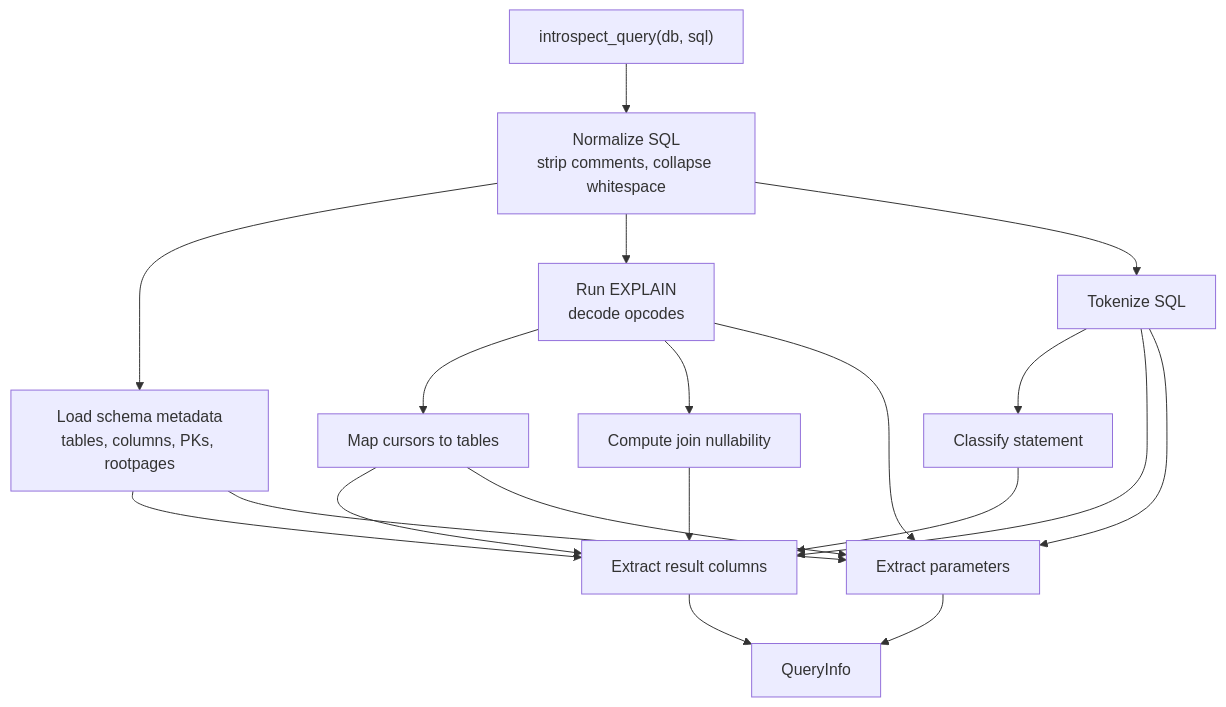
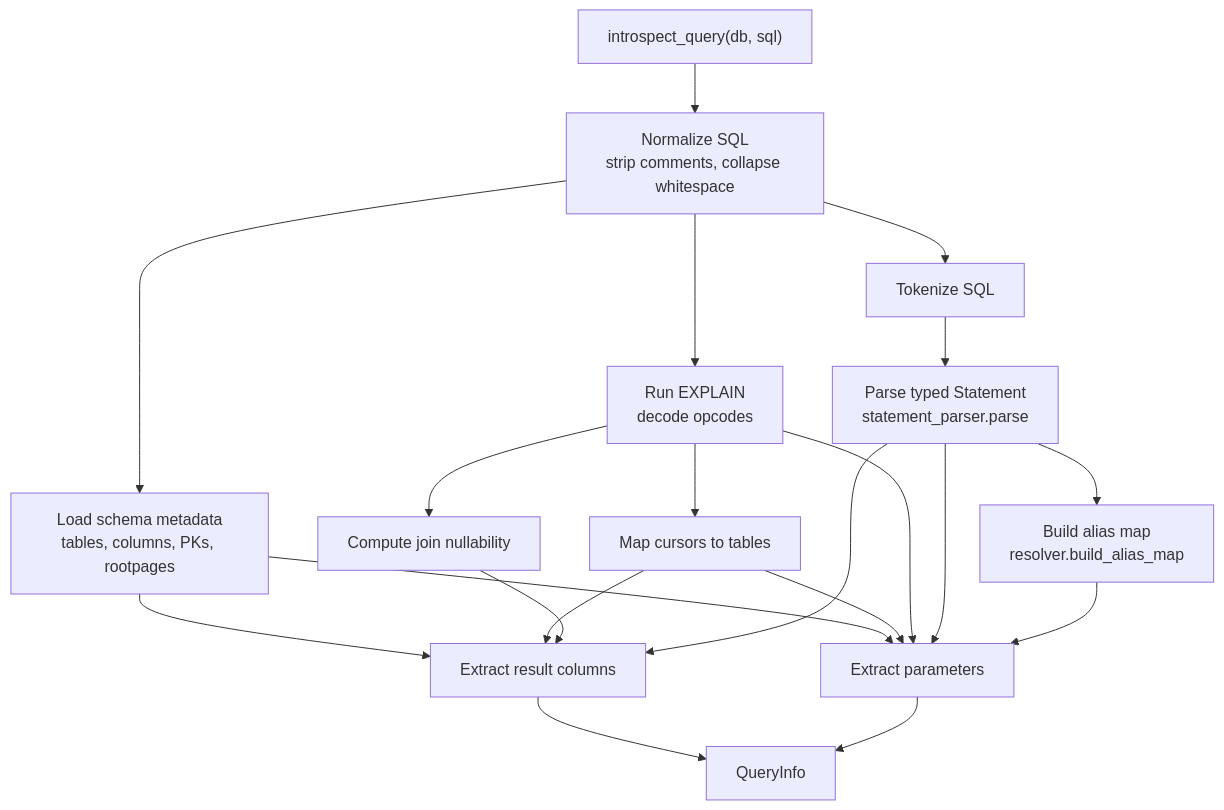
Before and after one commit to pairshaped/marmot: the second of 2 diagrams in src/marmot/internal/README.md, drawn with Mermaid. The commit also changed other lines of this file, not shown here.

First line of the commit message:
Update internal README for statement skeleton parser pipeline

````diff
--- a/src/marmot/internal/README.md
+++ b/src/marmot/internal/README.md
@@ -84,24 +88,25 @@
 ```mermaid
 flowchart TD
   Start["introspect_query(db, sql)"] --> Normalize["Normalize SQL<br/>strip comments, collapse whitespace"]
   Normalize --> Schema["Load schema metadata<br/>tables, columns, PKs, rootpages"]
   Normalize --> Explain["Run EXPLAIN<br/>decode opcodes"]
   Explain --> Cursors["Map cursors to tables"]
   Explain --> Nullability["Compute join nullability"]
   Normalize --> Tokens["Tokenize SQL"]
-  Tokens --> Statement["Classify statement"]
+  Tokens --> Statement["Parse typed Statement<br/>statement_parser.parse"]
+  Statement --> Resolver["Build alias map<br/>resolver.build_alias_map"]
 
   Schema --> Columns["Extract result columns"]
   Cursors --> Columns
   Nullability --> Columns
-  Tokens --> Columns
   Statement --> Columns
 
   Schema --> Parameters["Extract parameters"]
   Cursors --> Parameters
   Explain --> Parameters
-  Tokens --> Parameters
+  Statement --> Parameters
+  Resolver --> Parameters
 
   Columns --> Info["QueryInfo"]
   Parameters --> Info
 ```
````
